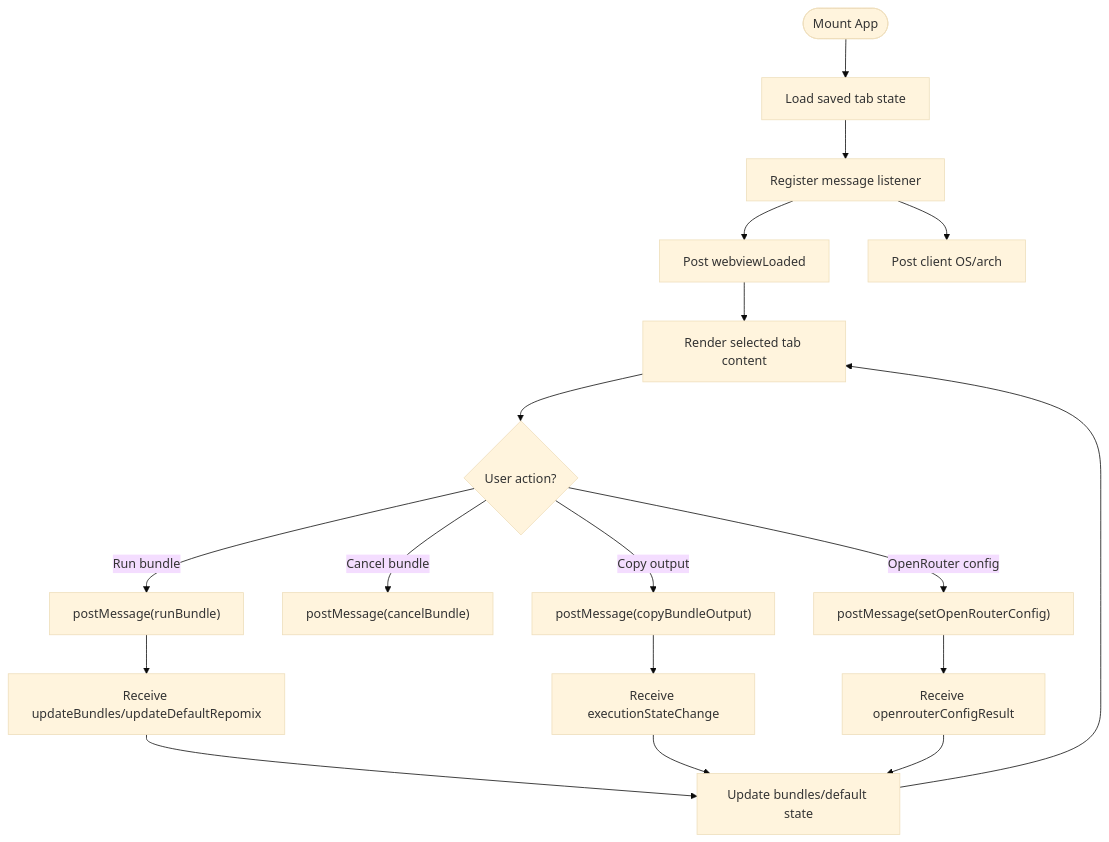
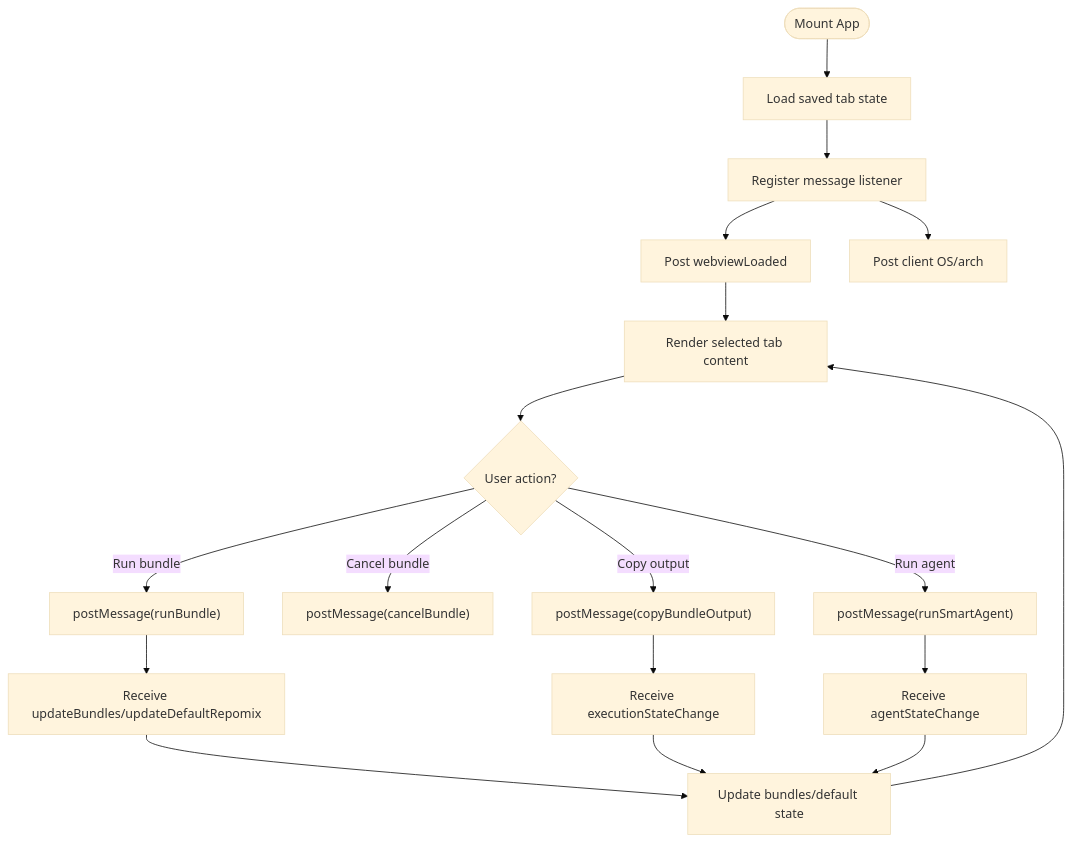
Before and after one commit to bramburn/repomix-runner: the third of 10 diagrams in .qoder/repowiki/en/content/Webview Interface/Webview Interface.md, drawn with Mermaid (base theme). The commit also changed other lines of this file and 41 other files, not shown here.

````diff
--- a/.qoder/repowiki/en/content/Webview Interface/Webview Interface.md
+++ b/.qoder/repowiki/en/content/Webview Interface/Webview Interface.md
@@ -350,20 +199,20 @@
 ```mermaid
 flowchart TD
 Start(["Mount App"]) --> LoadState["Load saved tab state"]
 LoadState --> RegisterHandlers["Register message listener"]
 RegisterHandlers --> PostLoaded["Post webviewLoaded"]
 RegisterHandlers --> PostClientInfo["Post client OS/arch"]
 PostLoaded --> RenderTabs["Render selected tab content"]
 RenderTabs --> UserAction{"User action?"}
 UserAction --> |Run bundle| SendRun["postMessage(runBundle)"]
 UserAction --> |Cancel bundle| SendCancel["postMessage(cancelBundle)"]
 UserAction --> |Copy output| SendCopy["postMessage(copyBundleOutput)"]
-UserAction --> |OpenRouter config| SendOpenRouter["postMessage(setOpenRouterConfig)"]
+UserAction --> |Run agent| SendAgent["postMessage(runSmartAgent)"]
 SendRun --> ReceiveUpdate["Receive updateBundles/updateDefaultRepomix"]
 SendCopy --> ReceiveState["Receive executionStateChange"]
-SendOpenRouter --> ReceiveOpenRouter["Receive openrouterConfigResult"]
+SendAgent --> ReceiveAgentState["Receive agentStateChange"]
 ReceiveUpdate --> UpdateState["Update bundles/default state"]
 ReceiveState --> UpdateState
-ReceiveOpenRouter --> UpdateState
+ReceiveAgentState --> UpdateState
 UpdateState --> RenderTabs
 ```
````
